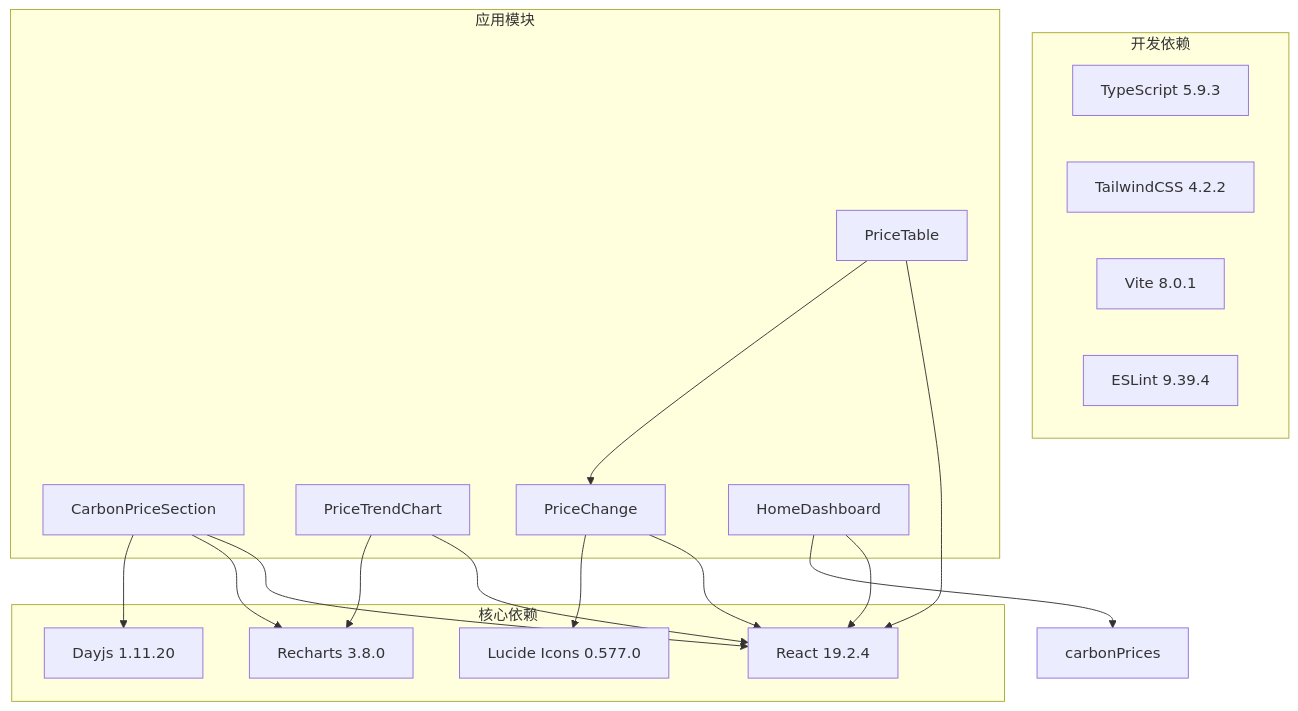
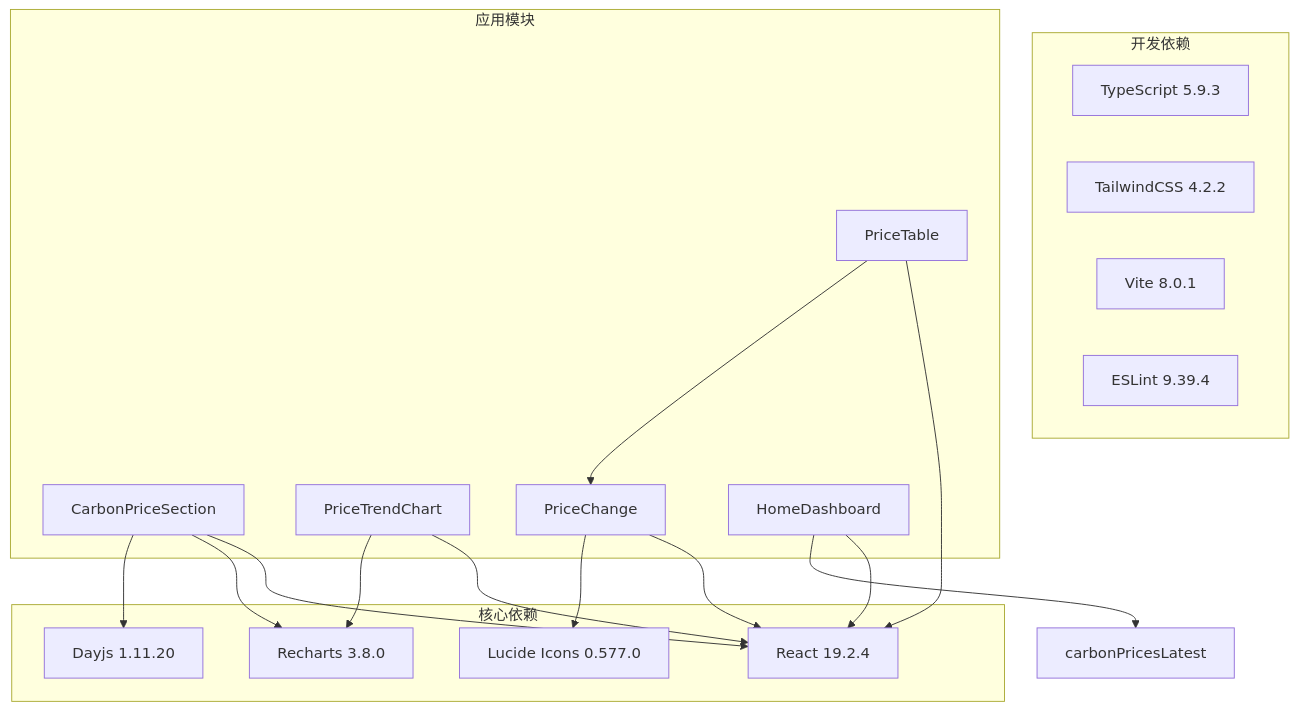
Diagram 17 of 18 in .qoder/repowiki/zh/content/功能模块/碳价格监控模块.md (liangxuanliang-cmd/carbon-info-agent), drawn with Mermaid before and after one commit. The commit also changed other lines of this file and 21 other files, not shown here.

````diff
--- a/.qoder/repowiki/zh/content/功能模块/碳价格监控模块.md
+++ b/.qoder/repowiki/zh/content/功能模块/碳价格监控模块.md
@@ -756,33 +832,33 @@
 ```mermaid
 graph TB
 subgraph "核心依赖"
 React[React 19.2.4]
 Recharts[Recharts 3.8.0]
 Dayjs[Dayjs 1.11.20]
 Lucide[Lucide Icons 0.577.0]
 end
 subgraph "开发依赖"
 TypeScript[TypeScript 5.9.3]
 TailwindCSS[TailwindCSS 4.2.2]
 Vite[Vite 8.0.1]
 ESLint[ESLint 9.39.4]
 end
 subgraph "应用模块"
 CarbonPrice[CarbonPriceSection]
 PriceTable[PriceTable]
 PriceTrendChart[PriceTrendChart]
 PriceChange[PriceChange]
 HomeDashboard[HomeDashboard]
 end
 CarbonPrice --> React
 PriceTable --> React
 PriceTrendChart --> React
 PriceChange --> React
 HomeDashboard --> React
 CarbonPrice --> Recharts
 PriceTrendChart --> Recharts
 CarbonPrice --> Dayjs
 PriceTable --> PriceChange
 PriceChange --> Lucide
-HomeDashboard --> carbonPrices
+HomeDashboard --> carbonPricesLatest
 ```
````
